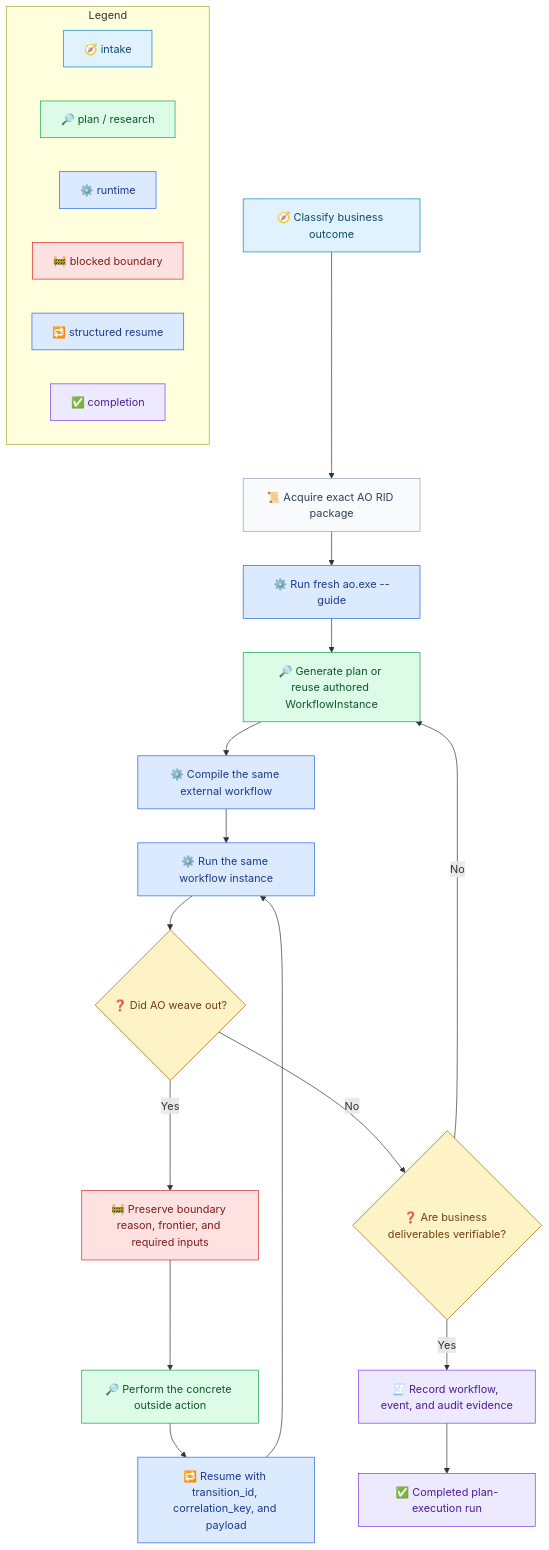
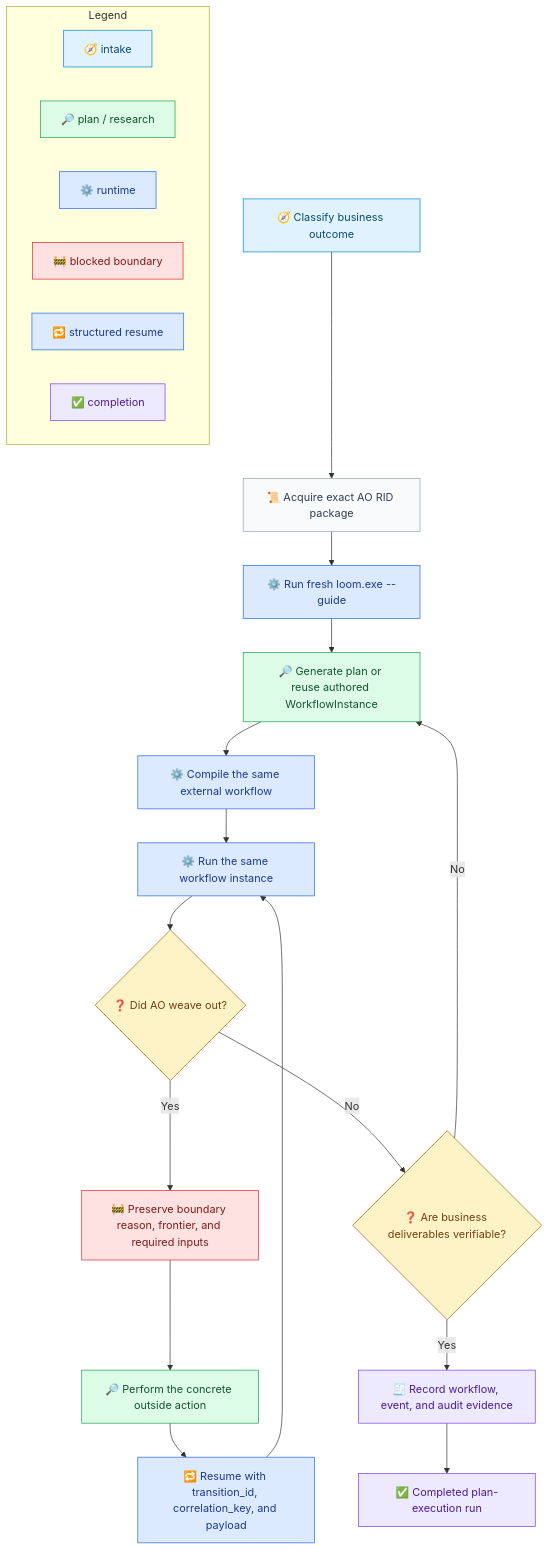
The diagram in docs/en/guides/ao-guide-flow.md (waynebaby/Techne-Loom), drawn with Mermaid before and after one commit. The commit also changed other lines of this file and 130 other files, not shown here.

````diff
--- a/docs/en/guides/ao-guide-flow.md
+++ b/docs/en/guides/ao-guide-flow.md
@@ -55,46 +55,46 @@
 ```mermaid
 flowchart TD
     A["🧭 Classify business outcome"] --> B["📜 Acquire exact AO RID package"]
-    B --> C["⚙️ Run fresh ao.exe --guide"]
+    B --> C["⚙️ Run fresh loom.exe --guide"]
     C --> D["🔎 Generate plan or reuse authored WorkflowInstance"]
     D --> E["⚙️ Compile the same external workflow"]
     E --> F["⚙️ Run the same workflow instance"]
     F --> G{"❓ Did AO weave out?"}
     G -- "Yes" --> H["🚧 Preserve boundary reason, frontier, and required inputs"]
     H --> I["🔎 Perform the concrete outside action"]
     I --> J["🔁 Resume with transition_id, correlation_key, and payload"]
     J --> F
     G -- "No" --> K{"❓ Are business deliverables verifiable?"}
     K -- "No" --> D
     K -- "Yes" --> L["🧾 Record workflow, event, and audit evidence"]
     L --> M["✅ Completed plan-execution run"]
 
     classDef intake fill:#e0f2fe,stroke:#0284c7,color:#0c4a6e;
     classDef contract fill:#f8fafc,stroke:#94a3b8,color:#334155;
     classDef research fill:#dcfce7,stroke:#16a34a,color:#14532d;
     classDef runtime fill:#dbeafe,stroke:#2563eb,color:#1e3a8a;
     classDef blocked fill:#fee2e2,stroke:#dc2626,color:#7f1d1d;
     classDef decision fill:#fef3c7,stroke:#a16207,color:#713f12;
     classDef evidence fill:#ede9fe,stroke:#7c3aed,color:#4c1d95;
     class A intake;
     class B contract;
     class D,I research;
     class C,E,F,J runtime;
     class H blocked;
     class G,K decision;
     class L,M evidence;
     subgraph legend["Legend"]
         Z1["🧭 intake"]
         Z2["🔎 plan / research"]
         Z3["⚙️ runtime"]
         Z4["🚧 blocked boundary"]
         Z5["🔁 structured resume"]
         Z6["✅ completion"]
     end
     class Z1 intake;
     class Z2 research;
     class Z3 runtime;
     class Z4 blocked;
     class Z5 runtime;
     class Z6 evidence;
 ```
````
